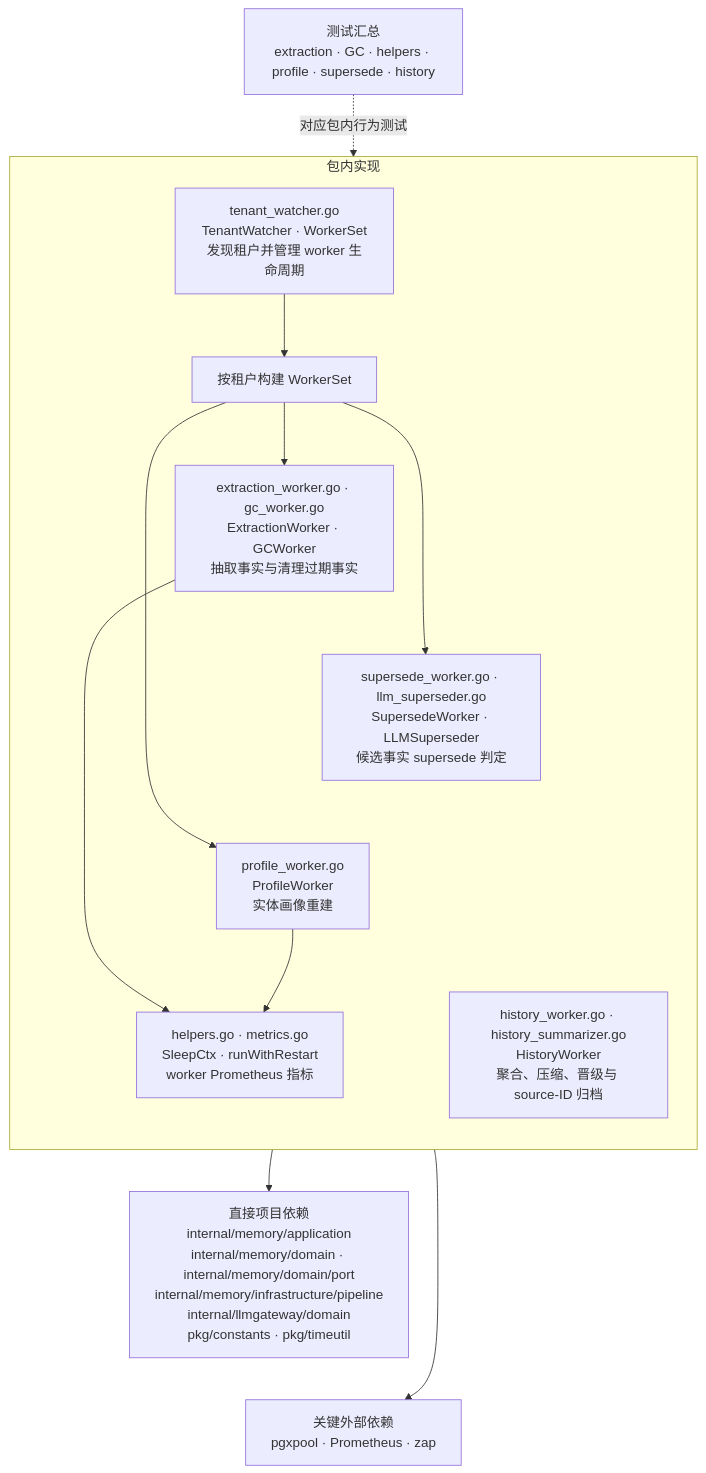
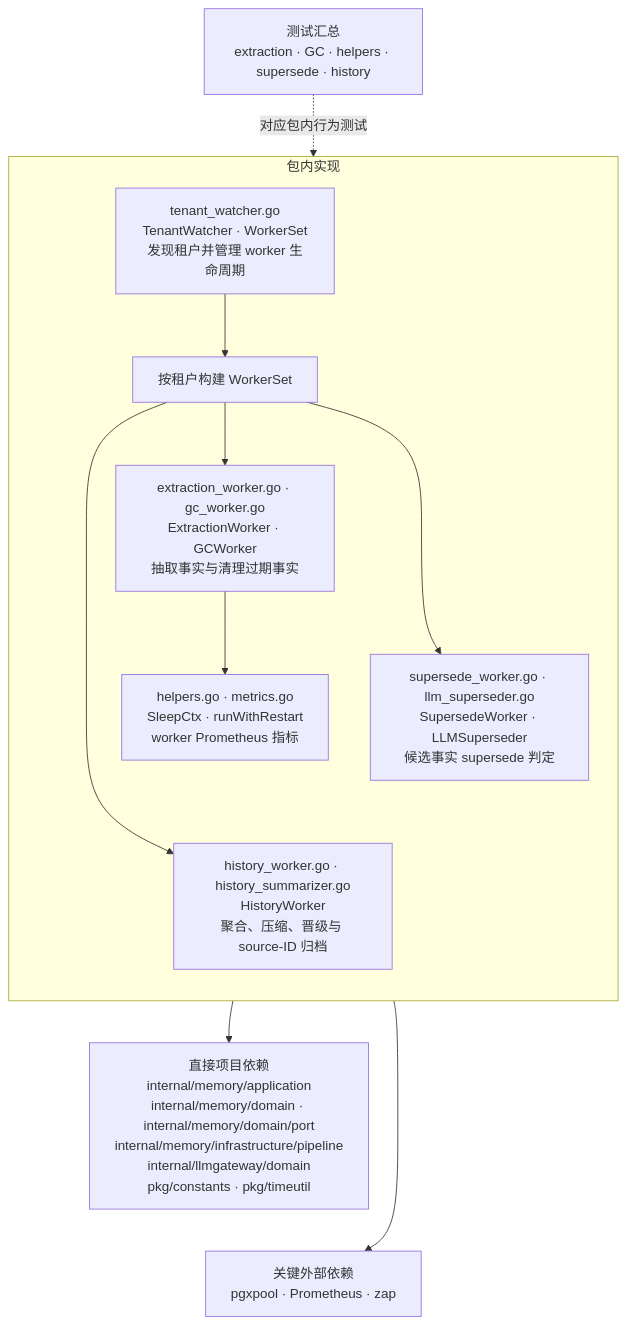
Before and after one commit to ArchChuan/Stratum: the diagram in docs/go-package-architecture/internal-memory-infrastructure-workers.md, drawn with Mermaid. The commit also changed 42 other files, not shown here.

````diff
--- a/docs/go-package-architecture/internal-memory-infrastructure-workers.md
+++ b/docs/go-package-architecture/internal-memory-infrastructure-workers.md
@@ -7,28 +7,26 @@
 ```mermaid
 flowchart TB
   subgraph internalPkg["包内实现"]
     direction TB
     watcher["tenant_watcher.go<br/>TenantWatcher · WorkerSet<br/>发现租户并管理 worker 生命周期"]
     workerSet["按租户构建 WorkerSet"]
     factJobs["extraction_worker.go · gc_worker.go<br/>ExtractionWorker · GCWorker<br/>抽取事实与清理过期事实"]
     supersedeJobs["supersede_worker.go · llm_superseder.go<br/>SupersedeWorker · LLMSuperseder<br/>候选事实 supersede 判定"]
-    profileJob["profile_worker.go<br/>ProfileWorker<br/>实体画像重建"]
     historyJob["history_worker.go · history_summarizer.go<br/>HistoryWorker<br/>聚合、压缩、晋级与 source-ID 归档"]
     support["helpers.go · metrics.go<br/>SleepCtx · runWithRestart<br/>worker Prometheus 指标"]
     watcher --> workerSet
     workerSet --> factJobs
     workerSet --> supersedeJobs
-    workerSet --> profileJob
+    workerSet --> historyJob
     factJobs ~~~ supersedeJobs
-    supersedeJobs ~~~ profileJob
+    supersedeJobs ~~~ historyJob
     factJobs --> support
-    profileJob --> support
   end
   projectDeps["直接项目依赖<br/>internal/memory/application<br/>internal/memory/domain · internal/memory/domain/port<br/>internal/memory/infrastructure/pipeline<br/>internal/llmgateway/domain<br/>pkg/constants · pkg/timeutil"]
   externalDeps["关键外部依赖<br/>pgxpool · Prometheus · zap"]
-  tests["测试汇总<br/>extraction · GC · helpers · profile · supersede · history"]
+  tests["测试汇总<br/>extraction · GC · helpers · supersede · history"]
   internalPkg --> projectDeps
   internalPkg --> externalDeps
   projectDeps ~~~ externalDeps
   tests -.对应包内行为测试.-> internalPkg
 ```
````
